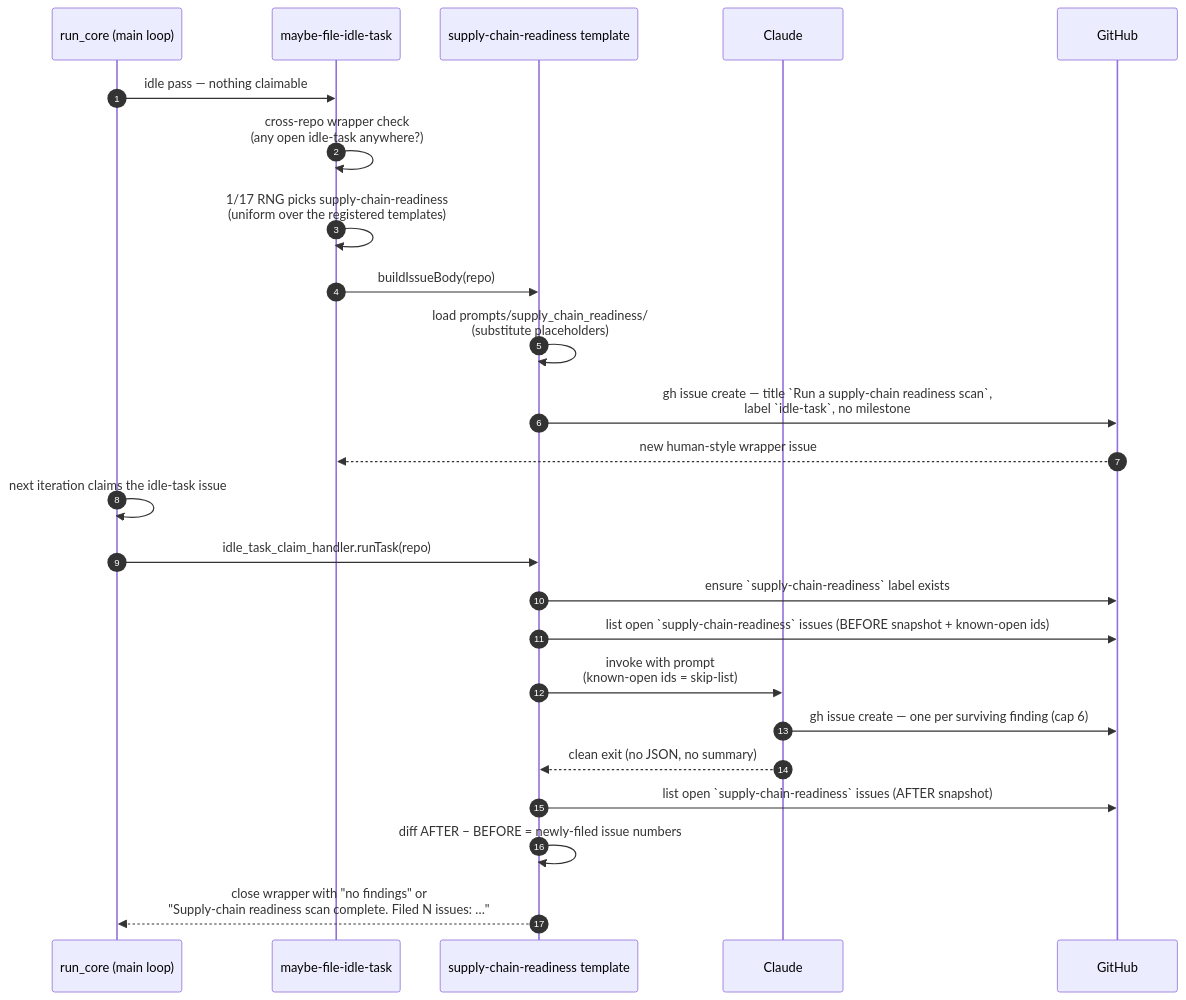
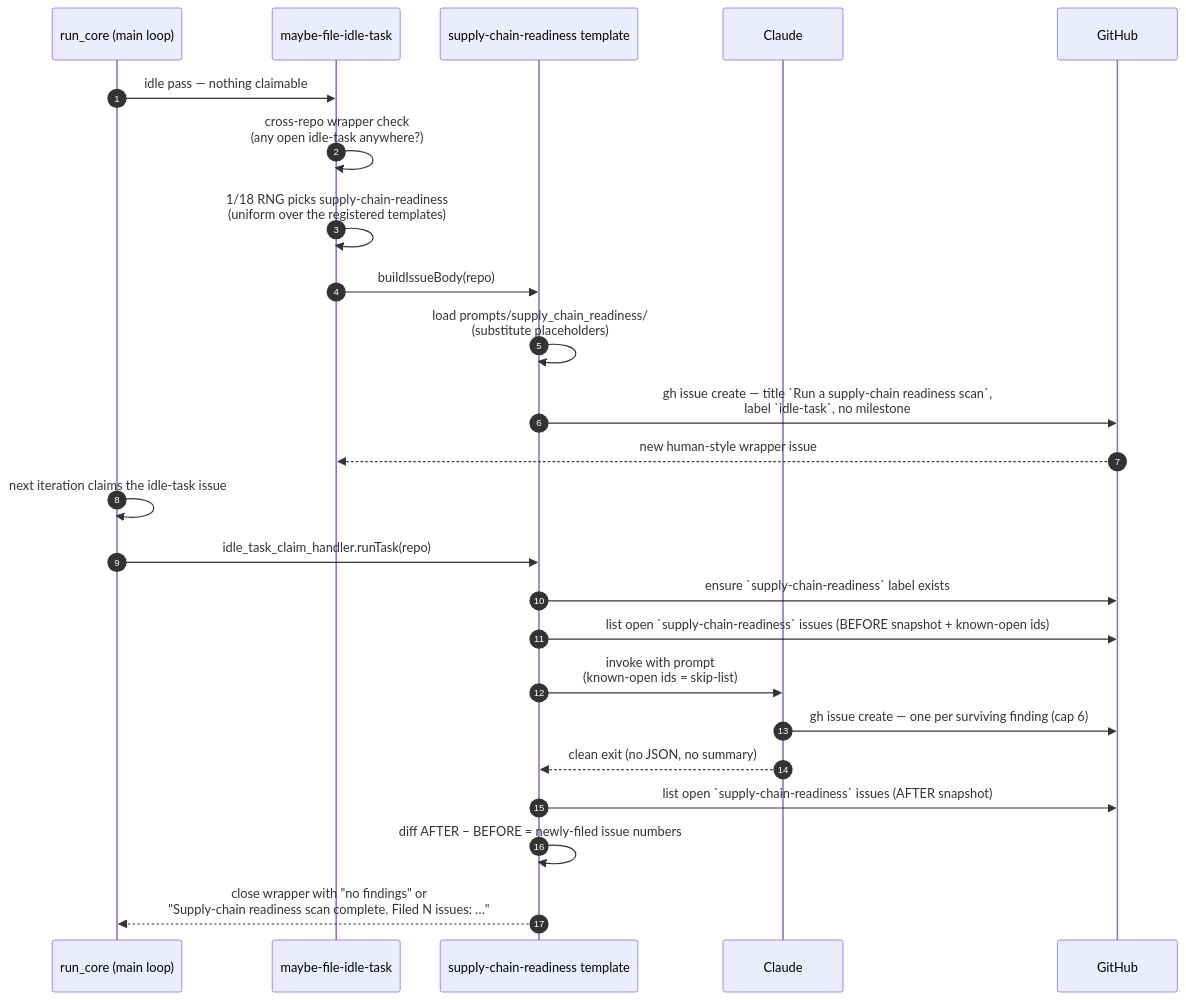
One commit to stSoftwareAU/VibeCoder changed the first of 2 diagrams in docs/SUPPLY-CHAIN-READINESS-SCAN.md. Above: the diagram before and after it, drawn with Mermaid. The commit also changed other lines of this file and 11 other files, not shown here.

````diff
--- a/docs/SUPPLY-CHAIN-READINESS-SCAN.md
+++ b/docs/SUPPLY-CHAIN-READINESS-SCAN.md
@@ -171,27 +171,27 @@
 ```mermaid
 sequenceDiagram
     autonumber
     participant Main as run_core (main loop)
     participant Filer as maybe-file-idle-task
     participant Template as supply-chain-readiness template
     participant Claude
     participant GH as GitHub
 
     Main->>Filer: idle pass — nothing claimable
     Filer->>Filer: cross-repo wrapper check<br/>(any open idle-task anywhere?)
-    Filer->>Filer: 1/17 RNG picks supply-chain-readiness<br/>(uniform over the registered templates)
+    Filer->>Filer: 1/18 RNG picks supply-chain-readiness<br/>(uniform over the registered templates)
     Filer->>Template: buildIssueBody(repo)
     Template->>Template: load prompts/supply_chain_readiness/<br/>(substitute placeholders)
     Template->>GH: gh issue create — title `Run a supply-chain readiness scan`,<br/>label `idle-task`, no milestone
     GH-->>Filer: new human-style wrapper issue
     Main->>Main: next iteration claims the idle-task issue
     Main->>Template: idle_task_claim_handler.runTask(repo)
     Template->>GH: ensure `supply-chain-readiness` label exists
     Template->>GH: list open `supply-chain-readiness` issues (BEFORE snapshot + known-open ids)
     Template->>Claude: invoke with prompt<br/>(known-open ids = skip-list)
     Claude->>GH: gh issue create — one per surviving finding (cap 6)
     Claude-->>Template: clean exit (no JSON, no summary)
     Template->>GH: list open `supply-chain-readiness` issues (AFTER snapshot)
     Template->>Template: diff AFTER − BEFORE = newly-filed issue numbers
     Template-->>Main: close wrapper with "no findings" or<br/>"Supply-chain readiness scan complete. Filed N issues: …"
 ```
````
